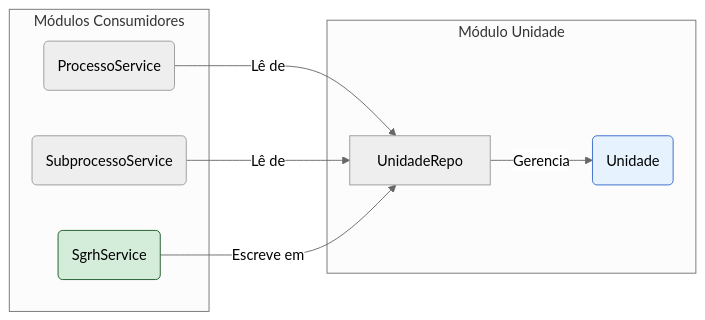
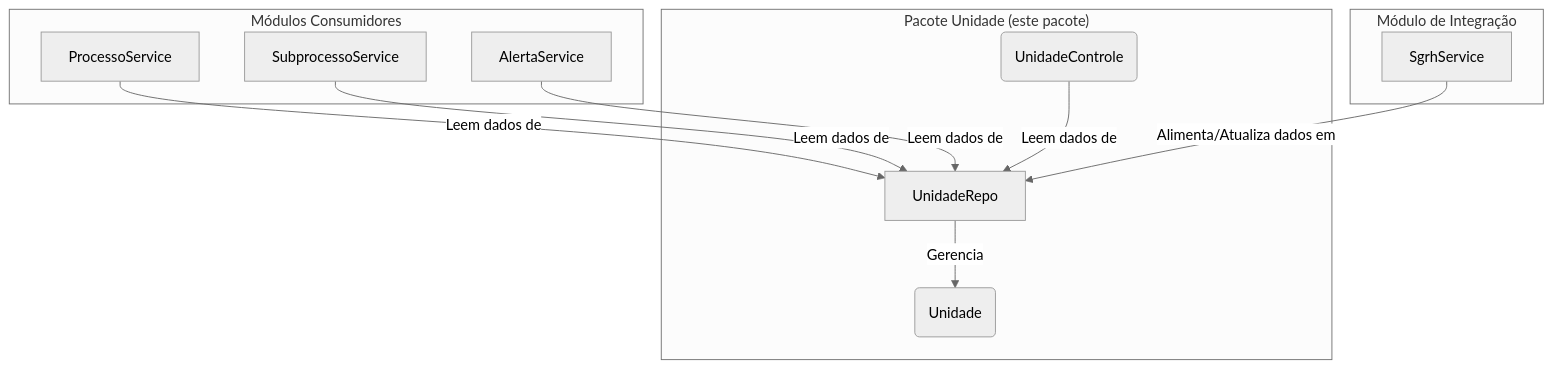
Before and after one commit to lgalvao/sgc: the diagram in backend/src/main/java/sgc/unidade/README.md, drawn with Mermaid (neutral theme). The commit also changed other lines of this file and 603 other files, not shown here.

````diff
--- a/backend/src/main/java/sgc/unidade/README.md
+++ b/backend/src/main/java/sgc/unidade/README.md
@@ -41,22 +11,25 @@
 ```mermaid
-graph LR
-    subgraph "Módulo Unidade"
-        A(Unidade)
-        B[UnidadeRepo]
+graph TD
+    subgraph "Pacote Unidade (este pacote)"
+        Controle(UnidadeControle)
+        Modelo(Unidade)
+        Repo[UnidadeRepo]
     end
 
     subgraph "Módulos Consumidores"
-        C(ProcessoService)
-        D(SubprocessoService)
-        E(SgrhService)
+        ProcessoService
+        SubprocessoService
+        AlertaService
     end
 
-    C -- Lê de --> B
-    D -- Lê de --> B
-    E -- Escreve em --> B
+    subgraph "Módulo de Integração"
+        SgrhService
+    end
 
-    B -- Gerencia --> A
+    ProcessoService & SubprocessoService & AlertaService -- Leem dados de --> Repo
+    Controle -- Leem dados de --> Repo
 
-    style A fill:#e6f3ff,stroke:#36c
-    style E fill:#d4edda,stroke:#155724
+    SgrhService -- Alimenta/Atualiza dados em --> Repo
+
+    Repo -- Gerencia --> Modelo
 ```
````
